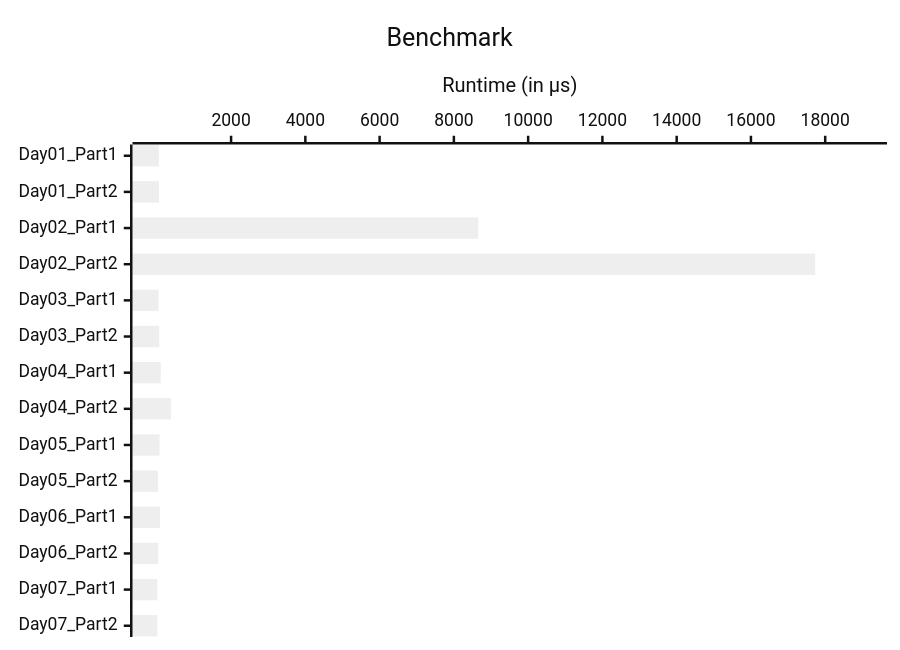
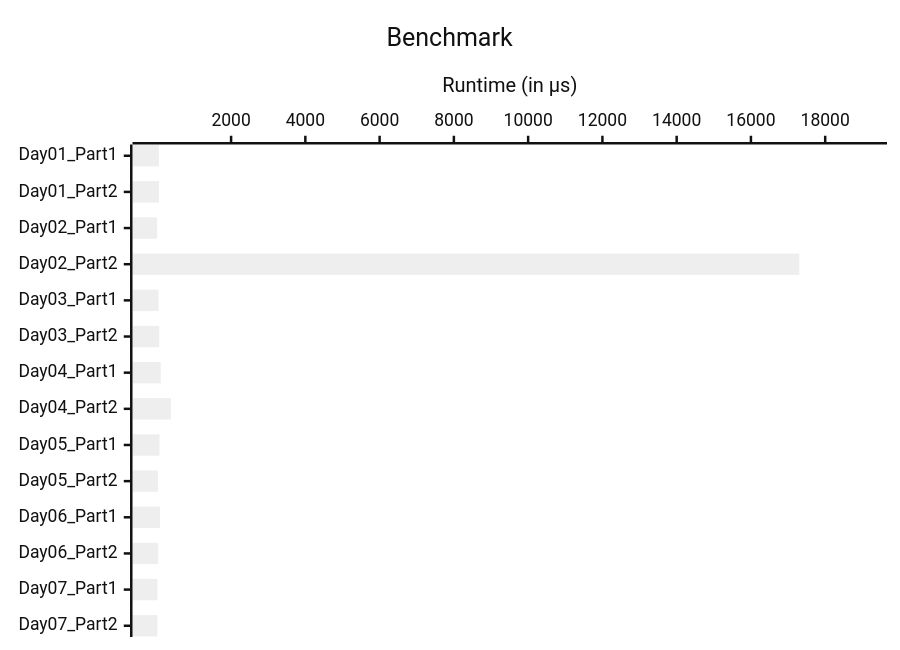
One commit to Raffy23/AoC_2025 changed the diagram in benchmarks.md. Above: the diagram before and after it, drawn with Mermaid (neutral theme). The commit also changed other lines of this file and 2 other files, not shown here.

Commit message:
chore: Optimize Day 02 Part 1

````diff
--- a/benchmarks.md
+++ b/benchmarks.md
@@ -3,7 +3,7 @@
 ```mermaid
 xychart-beta horizontal
     title "Benchmark"
     x-axis [Day01_Part1, Day01_Part2, Day02_Part1, Day02_Part2, Day03_Part1, Day03_Part2, Day04_Part1, Day04_Part2, Day05_Part1, Day05_Part2, Day06_Part1, Day06_Part2, Day07_Part1, Day07_Part2]
     y-axis "Runtime (in µs) "10 --> 19000
-    bar [55.111, 58.647, 8656.5, 17731, 45.403, 65.095, 106.19, 383.03, 73.597, 29.584, 82.791, 36.391, 16.043, 15.697]
+    bar [55.111, 58.647, 6.8402, 17303, 45.403, 65.095, 106.19, 383.03, 73.597, 29.584, 82.791, 36.391, 16.043, 15.697]
 ```
````
